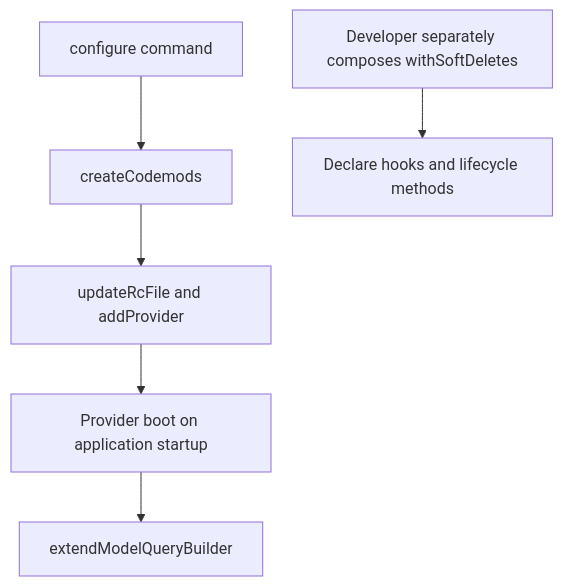
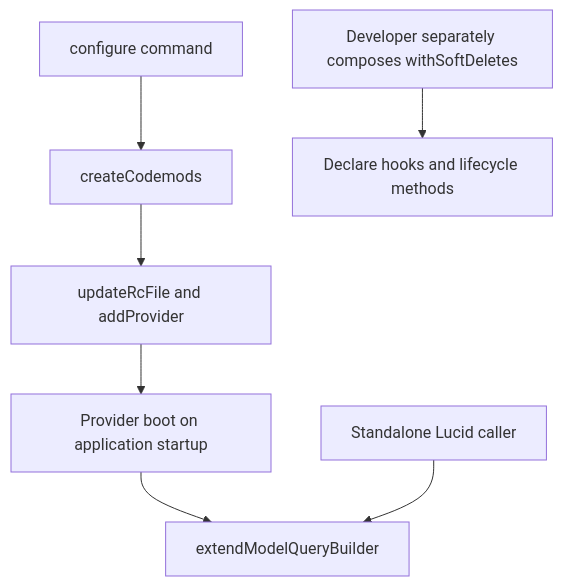
Before and after one commit to Kevinjohn/oss-adonisjs-lucid-soft-delete: the second of 2 diagrams in user-stories/configure-package/us-dev-01-configure-package.md, drawn with Mermaid. The commit also changed 9 other files, not shown here.

````diff
--- a/user-stories/configure-package/us-dev-01-configure-package.md
+++ b/user-stories/configure-package/us-dev-01-configure-package.md
@@ -34,5 +34,6 @@
 ```mermaid
 flowchart TD
     A["configure command"] --> B["createCodemods"] --> C["updateRcFile and addProvider"] --> D["Provider boot on application startup"] --> E["extendModelQueryBuilder"]
     F["Developer separately composes withSoftDeletes"] --> G["Declare hooks and lifecycle methods"]
+    H["Standalone Lucid caller"] --> E
 ```
````
